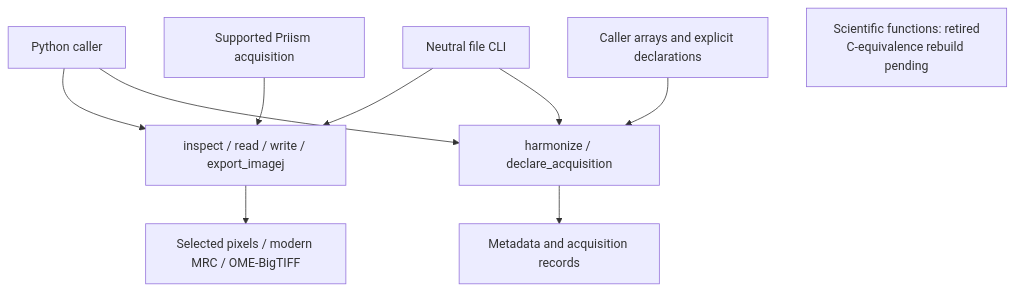
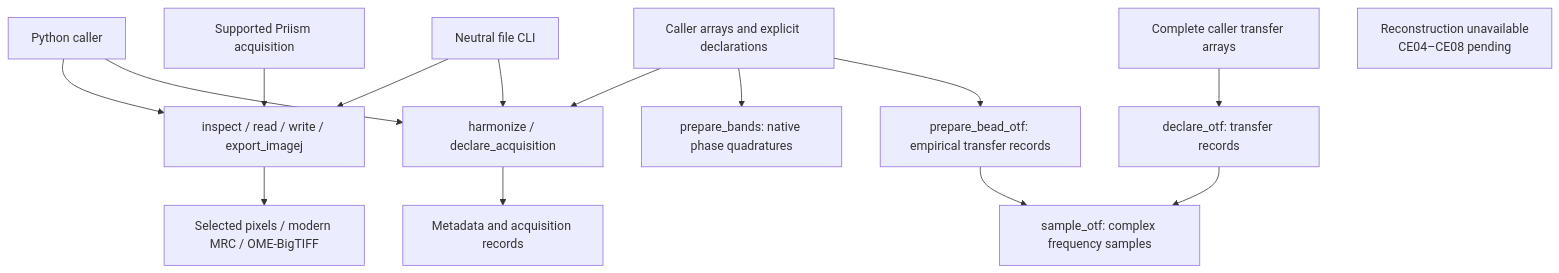
One commit to david-hoffman/simrecon changed the diagram in README.md. Above: the diagram before and after it, drawn with Mermaid. The commit also changed other lines of this file and 21 other files, not shown here.

First line of the commit message:
Rebuild C-equivalent bead transfers and complex sampling (#73)

````diff
--- a/README.md
+++ b/README.md
@@ -32,12 +39,17 @@
 ```mermaid
 flowchart TD
     Python["Python caller"] --> Files["inspect / read / write / export_imagej"]
     Python --> Metadata["harmonize / declare_acquisition"]
     CLI["Neutral file CLI"] --> Files
     CLI --> Metadata
     Source["Supported Priism acquisition"] --> Files
     Arrays["Caller arrays and explicit declarations"] --> Metadata
     Files --> Output["Selected pixels / modern MRC / OME-BigTIFF"]
     Metadata --> Records["Metadata and acquisition records"]
-    Future["Scientific functions: retired<br/>C-equivalence rebuild pending"]
+    Arrays --> Bands["prepare_bands: native phase quadratures"]
+    Arrays --> Bead["prepare_bead_otf: empirical transfer records"]
+    Tables["Complete caller transfer arrays"] --> Declared["declare_otf: transfer records"]
+    Bead --> Sampling["sample_otf: complex frequency samples"]
+    Declared --> Sampling
+    Future["Reconstruction unavailable<br/>CE04–CE08 pending"]
 ```
````
